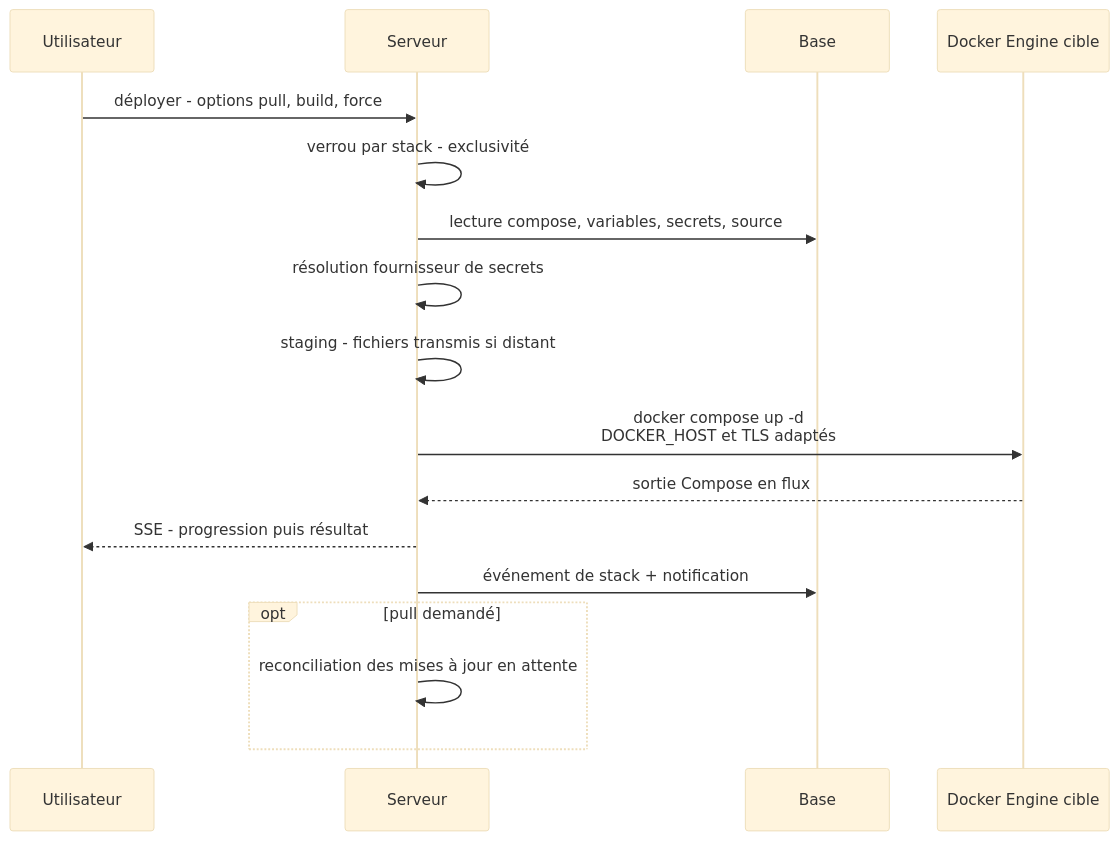
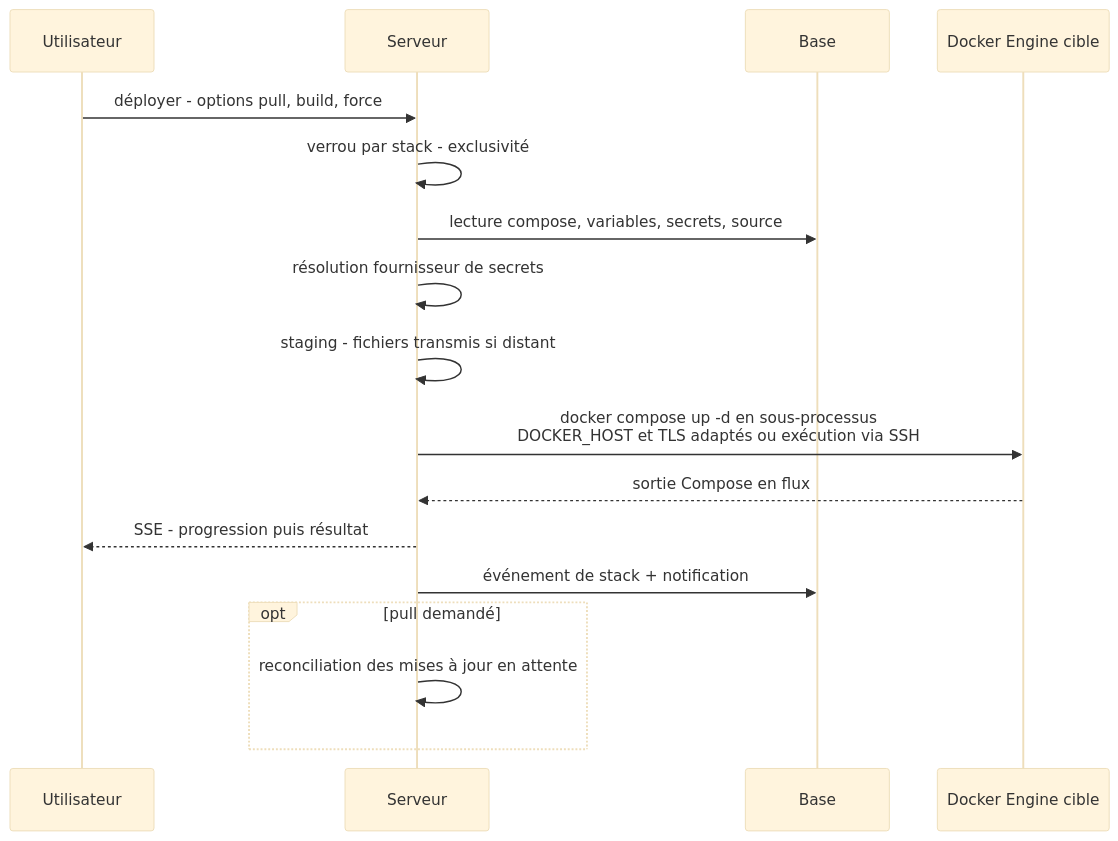
One commit to stefapi/windflow changed the second of 3 diagrams in docs/spec_dockhand_reference/06-stacks.md. Above: the diagram before and after it, drawn with Mermaid (base theme). The commit also changed other lines of this file and 15 other files, not shown here.

````diff
--- a/docs/spec_dockhand_reference/06-stacks.md
+++ b/docs/spec_dockhand_reference/06-stacks.md
@@ -201,20 +197,20 @@
 ```mermaid
 sequenceDiagram
     participant U as Utilisateur
     participant S as Serveur
     participant B as Base
     participant D as Docker Engine cible
 
     U->>S: déployer - options pull, build, force
     S->>S: verrou par stack - exclusivité
     S->>B: lecture compose, variables, secrets, source
     S->>S: résolution fournisseur de secrets
     S->>S: staging - fichiers transmis si distant
-    S->>D: docker compose up -d<br/>DOCKER_HOST et TLS adaptés
+    S->>D: docker compose up -d en sous-processus<br/>DOCKER_HOST et TLS adaptés ou exécution via SSH
     D-->>S: sortie Compose en flux
     S-->>U: SSE - progression puis résultat
     S->>B: événement de stack + notification
     opt pull demandé
         S->>S: reconciliation des mises à jour en attente
     end
 ```
````
